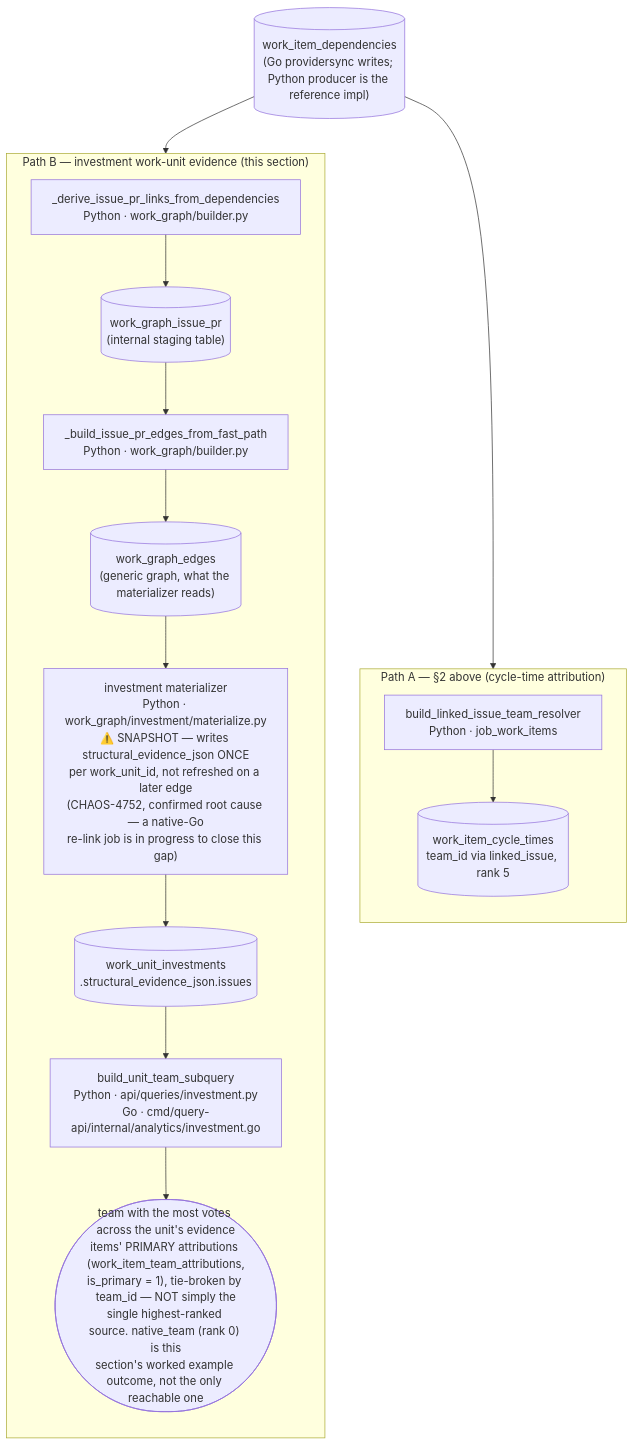
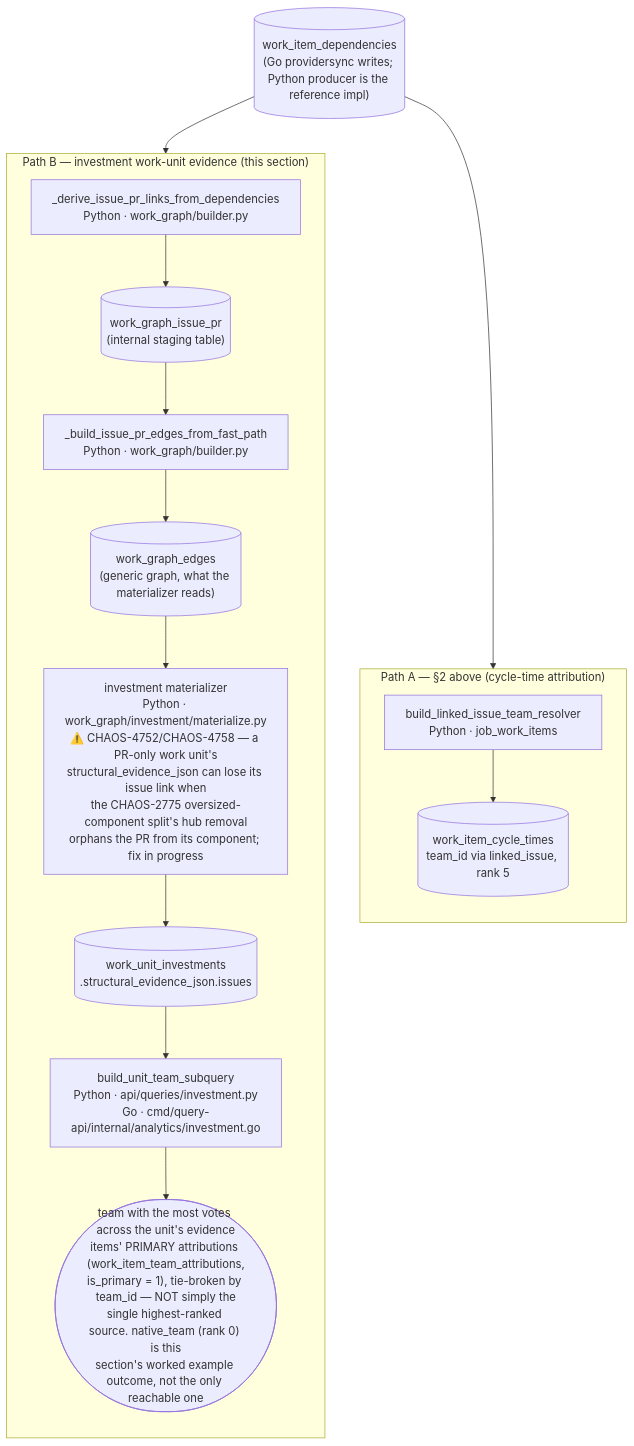
The fifth of 9 diagrams in docs/contribute/architecture/team-attribution.md (full-chaos/dev-health-ops), drawn with Mermaid before and after one commit. The commit also changed other lines of this file, not shown here.

First line of the commit message:
Correct root-cause mechanism to CHAOS-4758; fix round-5 finding

````diff
--- a/docs/contribute/architecture/team-attribution.md
+++ b/docs/contribute/architecture/team-attribution.md
@@ -1353,27 +1353,27 @@
 ```mermaid
 flowchart TD
     WID[("work_item_dependencies<br/>(Go providersync writes; Python producer is the reference impl)")]
 
     subgraph PathA["Path A — §2 above (cycle-time attribution)"]
         direction TB
         BuildResolver["build_linked_issue_team_resolver<br/>Python · job_work_items"]
         CycleTimes[("work_item_cycle_times<br/>team_id via linked_issue, rank 5")]
         BuildResolver --> CycleTimes
     end
 
     subgraph PathB["Path B — investment work-unit evidence (this section)"]
         direction TB
         Derive["_derive_issue_pr_links_from_dependencies<br/>Python · work_graph/builder.py"]
         WGIP[("work_graph_issue_pr<br/>(internal staging table)")]
         FastPath["_build_issue_pr_edges_from_fast_path<br/>Python · work_graph/builder.py"]
         WGE[("work_graph_edges<br/>(generic graph, what the materializer reads)")]
-        Materialize["investment materializer<br/>Python · work_graph/investment/materialize.py<br/>⚠️ SNAPSHOT — writes structural_evidence_json ONCE<br/>per work_unit_id, not refreshed on a later edge<br/>(CHAOS-4752, confirmed root cause — a native-Go<br/>re-link job is in progress to close this gap)"]
+        Materialize["investment materializer<br/>Python · work_graph/investment/materialize.py<br/>⚠️ CHAOS-4752/CHAOS-4758 — a PR-only work unit's<br/>structural_evidence_json can lose its issue link when<br/>the CHAOS-2775 oversized-component split's hub removal<br/>orphans the PR from its component; fix in progress"]
         SEJ[("work_unit_investments<br/>.structural_evidence_json.issues")]
         UnitTeam["build_unit_team_subquery<br/>Python · api/queries/investment.py<br/>Go · cmd/query-api/internal/analytics/investment.go"]
         Resolved(["team with the most votes across the unit's evidence<br/>items' PRIMARY attributions (work_item_team_attributions,<br/>is_primary = 1), tie-broken by team_id — NOT simply the<br/>single highest-ranked source. native_team (rank 0) is this<br/>section's worked example outcome, not the only reachable one"])
         Derive --> WGIP --> FastPath --> WGE --> Materialize --> SEJ --> UnitTeam --> Resolved
     end
 
     WID --> BuildResolver
     WID --> Derive
 ```
````
